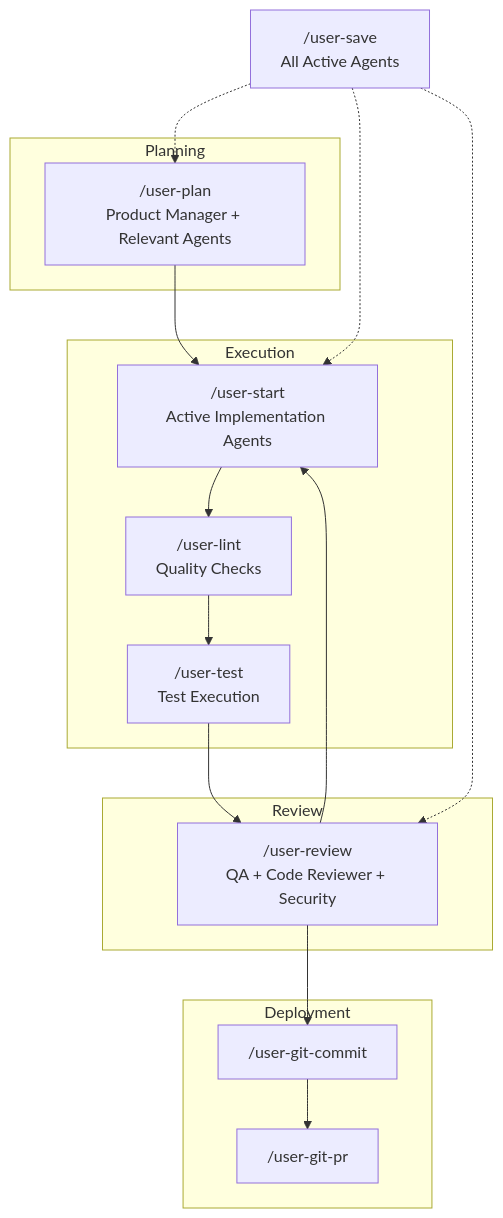
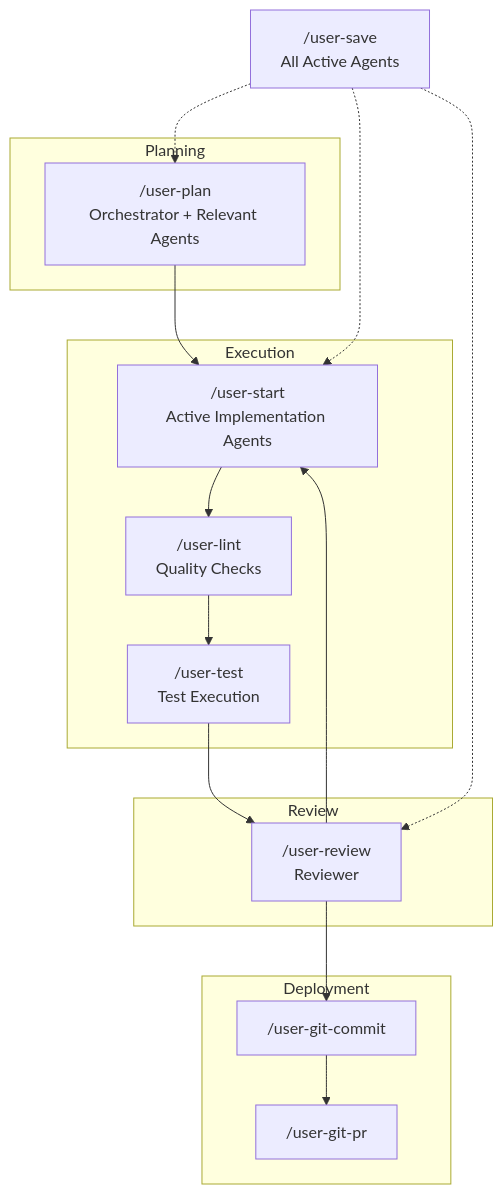
Before and after one commit to rbright/ai-config: the diagram in README.md, drawn with Mermaid. The commit also changed other lines of this file and 14 other files, not shown here.

````diff
--- a/README.md
+++ b/README.md
@@ -149,33 +119,33 @@
 ```mermaid
 graph TB
     subgraph Planning
-        A["/user-plan<br/>Product Manager + Relevant Agents"]
+        A["/user-plan<br/>Orchestrator + Relevant Agents"]
     end
 
     subgraph Execution
         B["/user-start<br/>Active Implementation Agents"]
         C["/user-lint<br/>Quality Checks"]
         D["/user-test<br/>Test Execution"]
     end
 
     subgraph Review
-        E["/user-review<br/>QA + Code Reviewer + Security"]
+        E["/user-review<br/>Reviewer"]
     end
 
     subgraph Deployment
         F["/user-git-commit"]
         G["/user-git-pr"]
     end
 
     A --> B
     B --> C
     C --> D
     D --> E
     E --> B
     E --> F
     F --> G
 
     H["/user-save<br/>All Active Agents"] -.-> A
     H -.-> B
     H -.-> E
 ```
````
